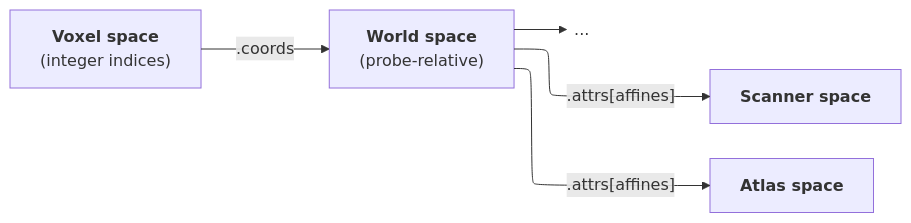
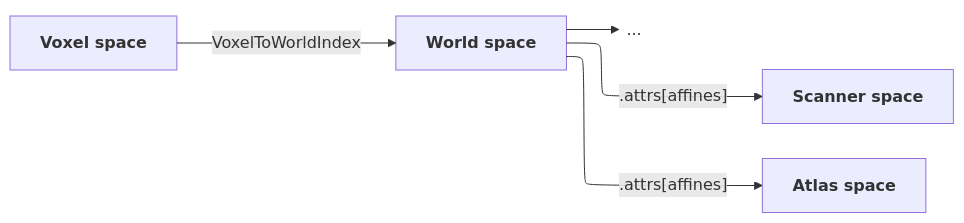
Before and after one commit to confusius-tools/confusius: the diagram in docs/user-guide/spatial-conventions.md, drawn with Mermaid. The commit also changed other lines of this file and 2 other files, not shown here.

First line of the commit message:
docs(spatial): rewrite Spatial Conventions guide for VoxelData model

````diff
--- a/docs/user-guide/spatial-conventions.md
+++ b/docs/user-guide/spatial-conventions.md
@@ -19,19 +21,19 @@
 ```mermaid
 ---
 config:
   layout: elk
 ---
 flowchart LR
-    V["<b>Voxel space</b><br>(integer indices)"]
-    P["<b>World space</b><br>(probe-relative)"]
+    V["<b>Voxel space</b>"]
+    P["<b>World space</b>"]
     W1["<b>Scanner space</b>"]
     ellipsis{{"..."}}
     W2["<b>Atlas space</b>"]
 
-    V -->|".coords"| P
+    V -->|"VoxelToWorldIndex"| P
     P -->|".attrs[affines]"| W1
     P -->|".attrs[affines]"| W2
     P --> ellipsis
 
     ellipsis@{ shape: text }
 ```
````
